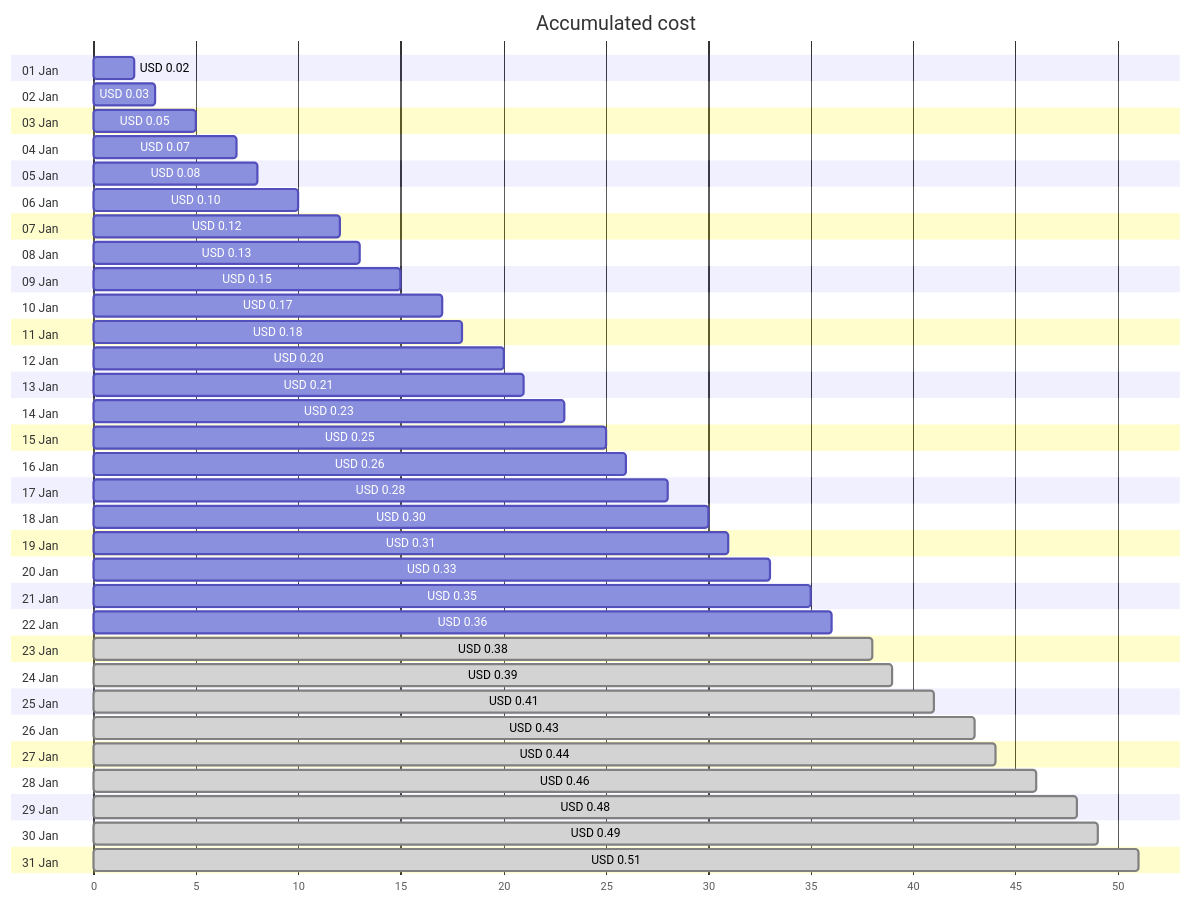
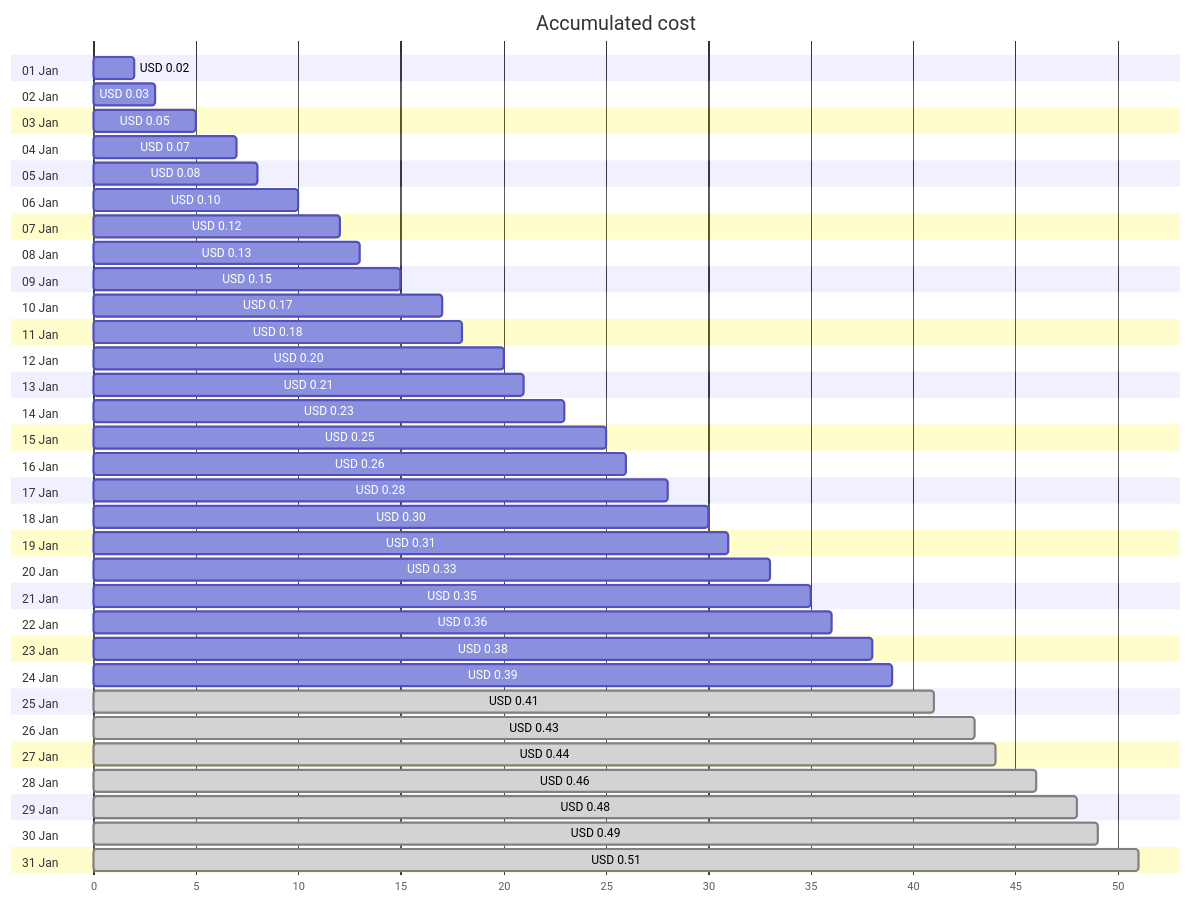
Before and after one commit to jpfulton/azure-personal-reports: the first of 4 diagrams in cost-reports/personal-dns/jpatrickfulton.dev.md, drawn with Mermaid. The commit also changed other lines of this file and 2 other files, not shown here.

````diff
--- a/cost-reports/personal-dns/jpatrickfulton.dev.md
+++ b/cost-reports/personal-dns/jpatrickfulton.dev.md
@@ -20,68 +20,68 @@
 ```mermaid
 gantt
    title Accumulated cost
    dateFormat  X
    axisFormat %s
    section 01 Jan
    USD 0.02 :0, 2
    section 02 Jan
    USD 0.03 :0, 3
    section 03 Jan
    USD 0.05 :0, 5
    section 04 Jan
    USD 0.07 :0, 7
    section 05 Jan
    USD 0.08 :0, 8
    section 06 Jan
    USD 0.10 :0, 10
    section 07 Jan
    USD 0.12 :0, 12
    section 08 Jan
    USD 0.13 :0, 13
    section 09 Jan
    USD 0.15 :0, 15
    section 10 Jan
    USD 0.17 :0, 17
    section 11 Jan
    USD 0.18 :0, 18
    section 12 Jan
    USD 0.20 :0, 20
    section 13 Jan
    USD 0.21 :0, 21
    section 14 Jan
    USD 0.23 :0, 23
    section 15 Jan
    USD 0.25 :0, 25
    section 16 Jan
    USD 0.26 :0, 26
    section 17 Jan
    USD 0.28 :0, 28
    section 18 Jan
    USD 0.30 :0, 30
    section 19 Jan
    USD 0.31 :0, 31
    section 20 Jan
    USD 0.33 :0, 33
    section 21 Jan
    USD 0.35 :0, 35
    section 22 Jan
    USD 0.36 :0, 36
    section 23 Jan
-   USD 0.38 : done, 0, 38
+   USD 0.38 :0, 38
    section 24 Jan
-   USD 0.39 : done, 0, 39
+   USD 0.39 :0, 39
    section 25 Jan
    USD 0.41 : done, 0, 41
    section 26 Jan
    USD 0.43 : done, 0, 43
    section 27 Jan
    USD 0.44 : done, 0, 44
    section 28 Jan
    USD 0.46 : done, 0, 46
    section 29 Jan
    USD 0.48 : done, 0, 48
    section 30 Jan
    USD 0.49 : done, 0, 49
    section 31 Jan
    USD 0.51 : done, 0, 51
 ```
````
